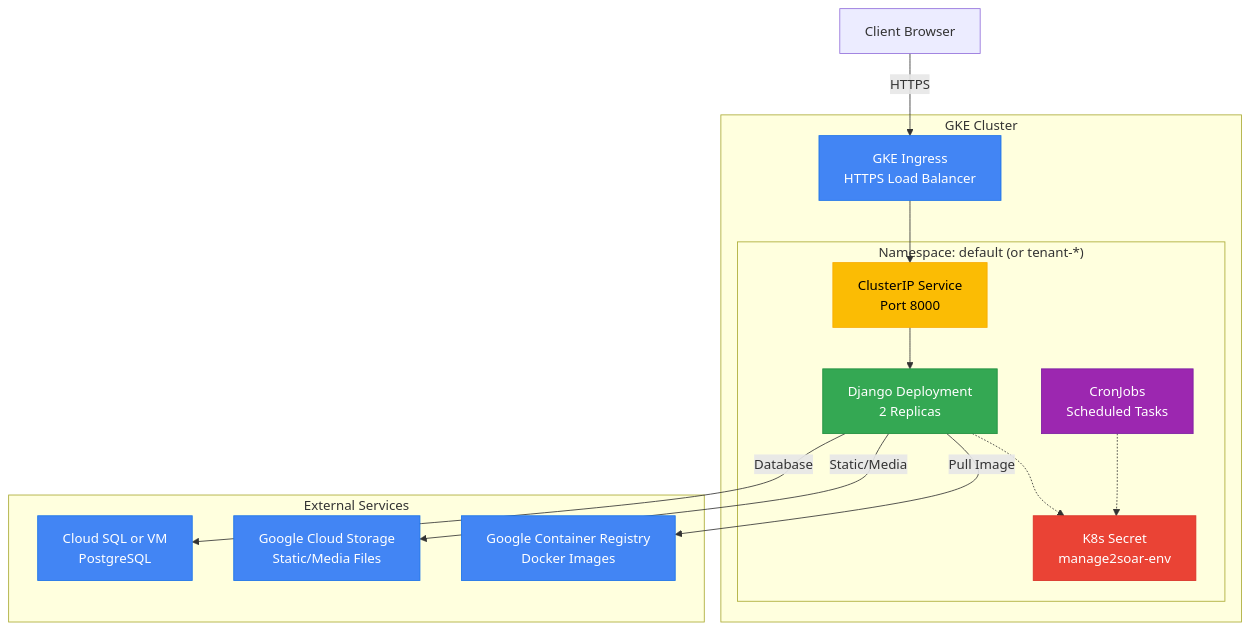
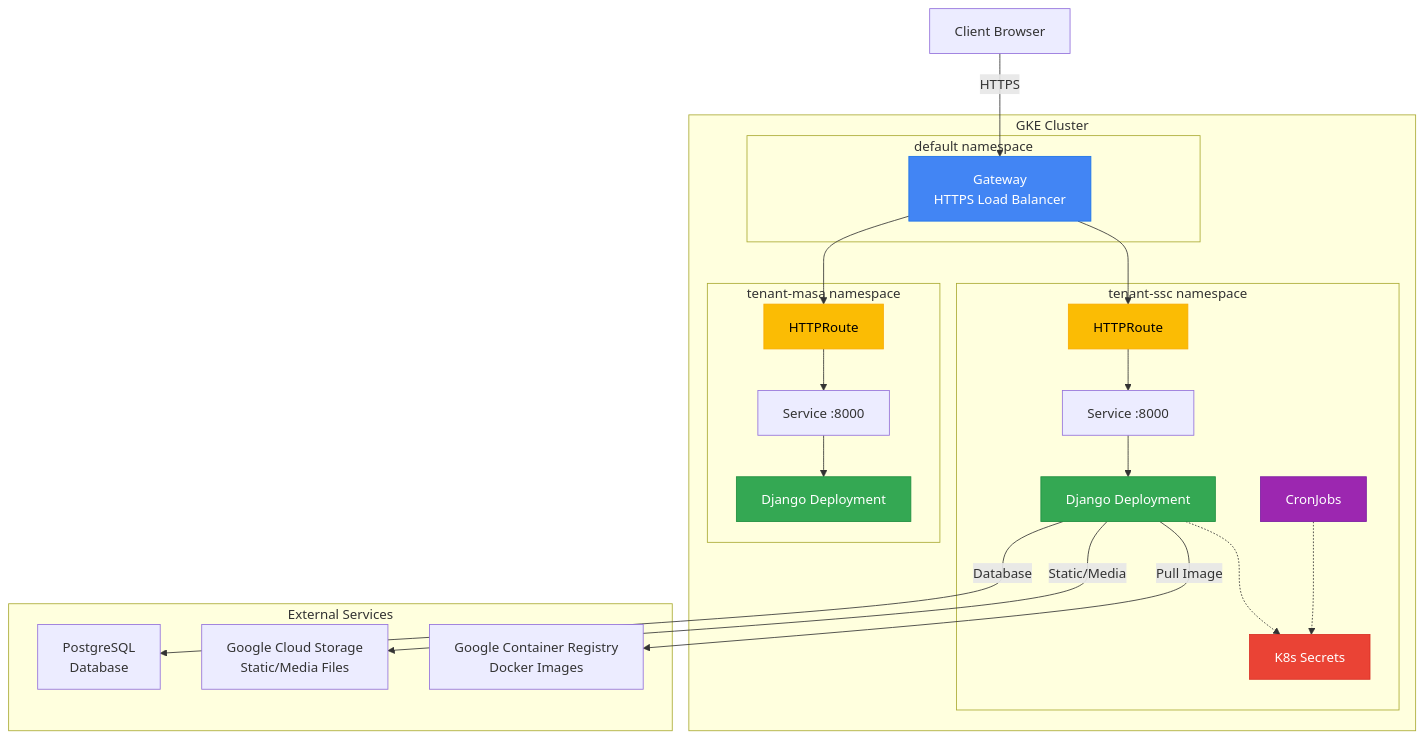
The diagram in infrastructure/ansible/docs/gke-deployment-guide.md (pietbarber/Manage2Soar), drawn with Mermaid before and after one commit. The commit also changed other lines of this file and 2 other files, not shown here.

Commit message:
docs: add Gateway API documentation and cross-reference guides
- Created comprehensive gke-gateway-ingress-guide.md for Gateway API
- Updated gke-cluster-provisioning-guide.md with Step 4: Enable Gateway API
- Updated gke-deployment-guide.md architecture diagram for multi-tenant Gateway
- Added Related Documentation sections with cross-references

Documents the gcloud command required to enable Gateway API:
  gcloud container clusters update <cluster> --gateway-api=standard

````diff
--- a/infrastructure/ansible/docs/gke-deployment-guide.md
+++ b/infrastructure/ansible/docs/gke-deployment-guide.md
@@ -7,39 +7,47 @@
 ```mermaid
 graph TB
     subgraph "GKE Cluster"
-        ingress["GKE Ingress<br/>HTTPS Load Balancer"]
-
-        subgraph "Namespace: default (or tenant-*)"
-            deployment["Django Deployment<br/>2 Replicas"]
-            service["ClusterIP Service<br/>Port 8000"]
-            secrets["K8s Secret<br/>manage2soar-env"]
-            cronjobs["CronJobs<br/>Scheduled Tasks"]
+        subgraph "default namespace"
+            gateway["Gateway<br/>HTTPS Load Balancer"]
         end
 
-        ingress --> service
-        service --> deployment
-        deployment -.-> secrets
-        cronjobs -.-> secrets
+        subgraph "tenant-ssc namespace"
+            route_ssc["HTTPRoute"]
+            deployment_ssc["Django Deployment"]
+            service_ssc["Service :8000"]
+            secrets_ssc["K8s Secrets"]
+            cronjobs_ssc["CronJobs"]
+        end
+
+        subgraph "tenant-masa namespace"
+            route_masa["HTTPRoute"]
+            deployment_masa["Django Deployment"]
+            service_masa["Service :8000"]
+        end
+
+        gateway --> route_ssc --> service_ssc --> deployment_ssc
+        gateway --> route_masa --> service_masa --> deployment_masa
+        deployment_ssc -.-> secrets_ssc
+        cronjobs_ssc -.-> secrets_ssc
     end
 
     subgraph "External Services"
         gcr["Google Container Registry<br/>Docker Images"]
         gcs["Google Cloud Storage<br/>Static/Media Files"]
-        cloudsql["Cloud SQL or VM<br/>PostgreSQL"]
+        db["PostgreSQL<br/>Database"]
     end
 
-    deployment -->|Pull Image| gcr
-    deployment -->|Static/Media| gcs
-    deployment -->|Database| cloudsql
+    deployment_ssc -->|Pull Image| gcr
+    deployment_ssc -->|Static/Media| gcs
+    deployment_ssc -->|Database| db
 
-    client[Client Browser] -->|HTTPS| ingress
+    client[Client Browser] -->|HTTPS| gateway
 
-    style ingress fill:#4285F4,stroke:#1A73E8,color:#fff
-    style deployment fill:#34A853,stroke:#1E8E3E,color:#fff
-    style service fill:#FBBC04,stroke:#F9AB00,color:#000
-    style secrets fill:#EA4335,stroke:#D93025,color:#fff
-    style cronjobs fill:#9C27B0,stroke:#7B1FA2,color:#fff
-    style gcr fill:#4285F4,stroke:#1A73E8,color:#fff
-    style gcs fill:#4285F4,stroke:#1A73E8,color:#fff
-    style cloudsql fill:#4285F4,stroke:#1A73E8,color:#fff
+    style gateway fill:#4285F4,stroke:#1A73E8,color:#fff
+    style deployment_ssc fill:#34A853,stroke:#1E8E3E,color:#fff
+    style deployment_masa fill:#34A853,stroke:#1E8E3E,color:#fff
+    style route_ssc fill:#FBBC04,stroke:#F9AB00,color:#000
+    style route_masa fill:#FBBC04,stroke:#F9AB00,color:#000
+    style secrets_ssc fill:#EA4335,stroke:#D93025,color:#fff
+    style cronjobs_ssc fill:#9C27B0,stroke:#7B1FA2,color:#fff
 ```
````
